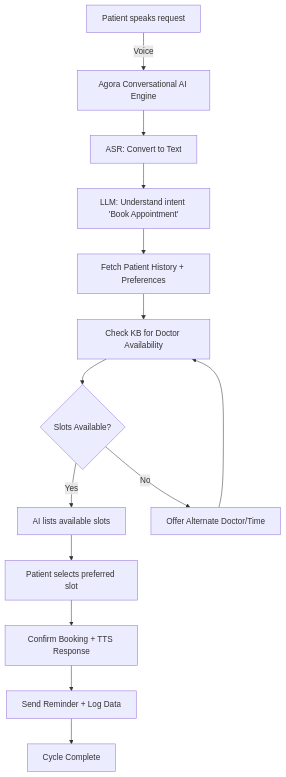
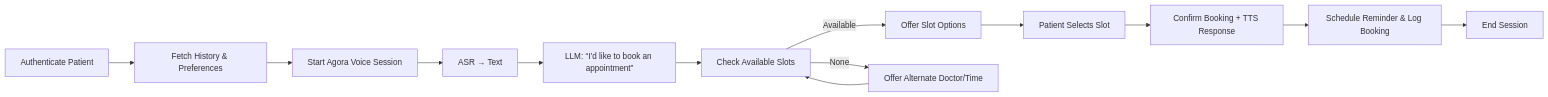
Before and after one commit to calebjubal/ey-techathon-fmeg-prototype: the second of 2 diagrams in README.md, drawn with Mermaid. The commit also changed other lines of this file, not shown here.

````diff
--- a/README.md
+++ b/README.md
@@ -359,16 +357,15 @@
 ```mermaid
-flowchart TD
-    A[Patient speaks request] -->|Voice| B[Agora Conversational AI Engine]
-    B --> C[ASR: Convert to Text]
-    C --> D[LLM: Understand intent 'Book Appointment']
-    D --> E[Fetch Patient History + Preferences]
-    E --> F[Check KB for Doctor Availability]
-    F --> G{Slots Available?}
-    G -->|Yes| H[AI lists available slots]
-    H --> I[Patient selects preferred slot]
-    I --> J[Confirm Booking + TTS Response]
-    J --> K[Send Reminder + Log Data]
-    G -->|No| L[Offer Alternate Doctor/Time]
-    L --> F
-    K --> M[Cycle Complete]
+flowchart LR
+    A[Authenticate Patient] --> B[Fetch History & Preferences]
+    B --> C[Start Agora Voice Session]
+    C --> D[ASR → Text]
+    D --> E[LLM: “I’d like to book an appointment”]
+    E --> F[Check Available Slots]
+    F -- Available --> G[Offer Slot Options]
+    G --> H[Patient Selects Slot]
+    H --> I[Confirm Booking + TTS Response]
+    I --> J[Schedule Reminder & Log Booking]
+    F -- None --> K[Offer Alternate Doctor/Time]
+    K --> F
+    J --> L[End Session]
 ```
````
